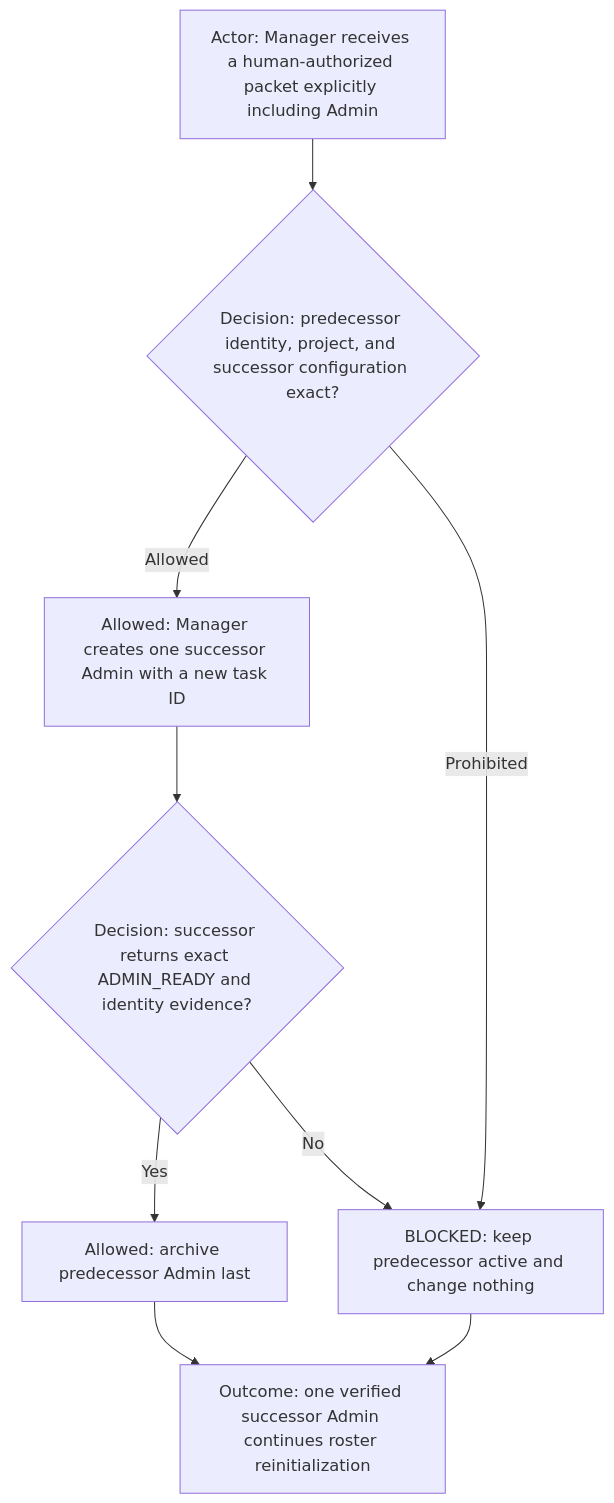
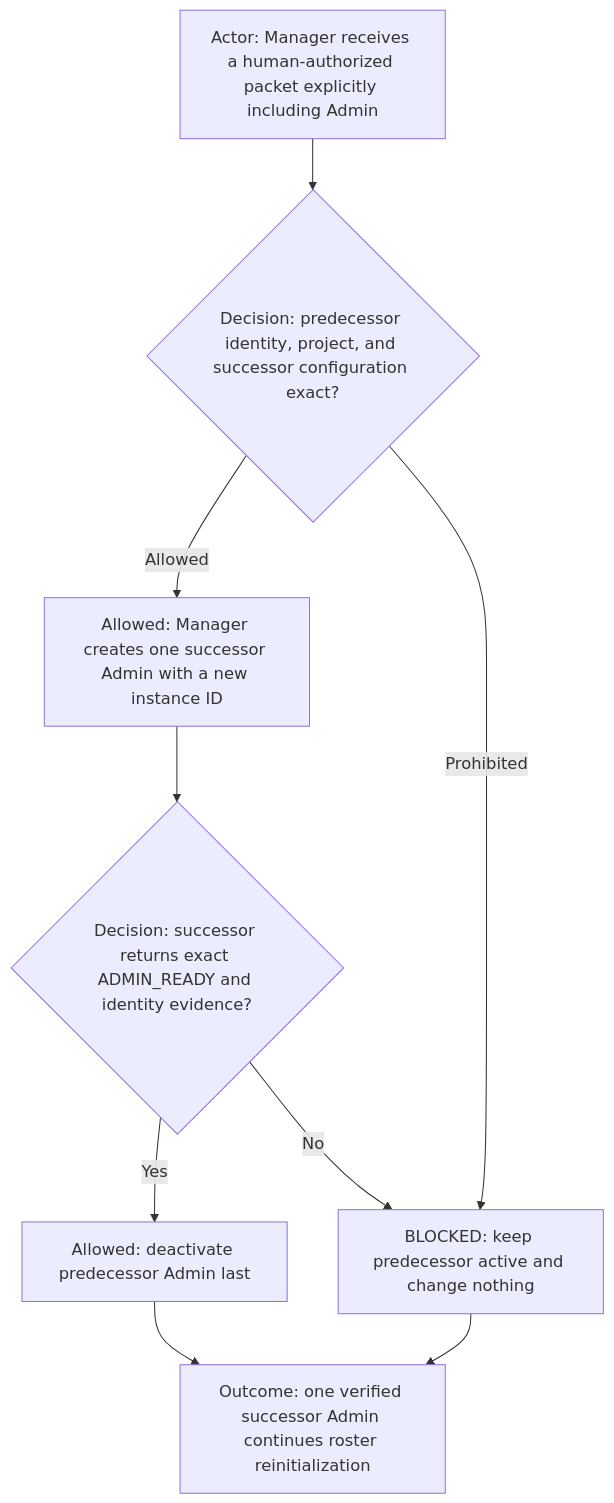
The fifth of 7 diagrams in ai-workflows/_common/roles/admin.md (starodubtsevconsulting/ai-fleas), drawn with Mermaid before and after one commit. The commit also changed other lines of this file and 15 other files, not shown here.

````diff
--- a/ai-workflows/_common/roles/admin.md
+++ b/ai-workflows/_common/roles/admin.md
@@ -154,11 +153,11 @@
 ```mermaid
 flowchart TD
   Actor["Actor: Manager receives a human-authorized packet explicitly including Admin"] --> Verify{"Decision: predecessor identity, project, and successor configuration exact?"}
-  Verify -->|Allowed| Create["Allowed: Manager creates one successor Admin with a new task ID"]
+  Verify -->|Allowed| Create["Allowed: Manager creates one successor Admin with a new instance ID"]
   Verify -->|Prohibited| Blocked["BLOCKED: keep predecessor active and change nothing"]
   Create --> Ready{"Decision: successor returns exact ADMIN_READY and identity evidence?"}
-  Ready -->|Yes| Archive["Allowed: archive predecessor Admin last"]
+  Ready -->|Yes| Archive["Allowed: deactivate predecessor Admin last"]
   Ready -->|No| Blocked
   Archive --> Outcome["Outcome: one verified successor Admin continues roster reinitialization"]
   Blocked --> Outcome
 ```
````
